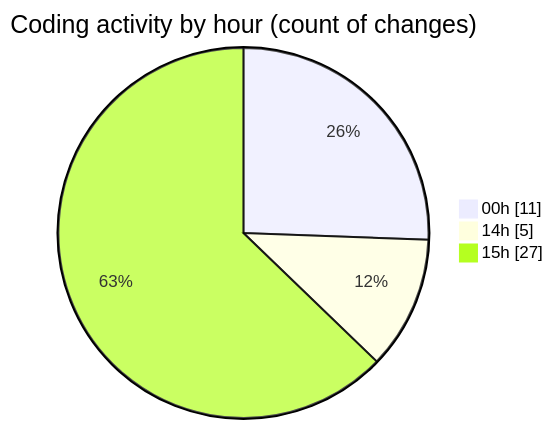
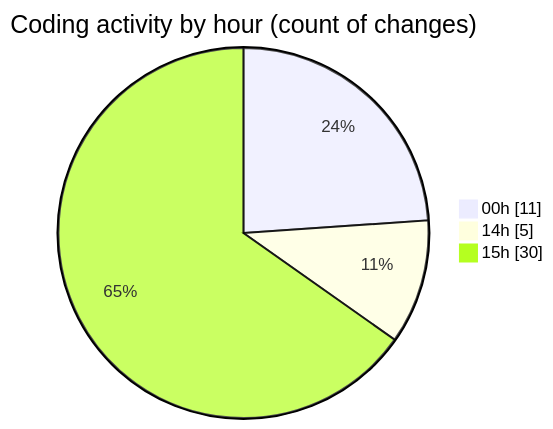
The second of 2 diagrams in 2025-06-21/refinedproject/README.md (Ritupan-Deka/code-tracking), drawn with Mermaid before and after one commit. The commit also changed other lines of this file and 1 other file, not shown here.

````diff
--- a/2025-06-21/refinedproject/README.md
+++ b/2025-06-21/refinedproject/README.md
@@ -35,7 +35,7 @@
 ```mermaid
 pie showData
 title Coding activity by hour (count of changes)
 "00h" : 11
 "14h" : 5
-"15h" : 27
+"15h" : 30
 ```
````
